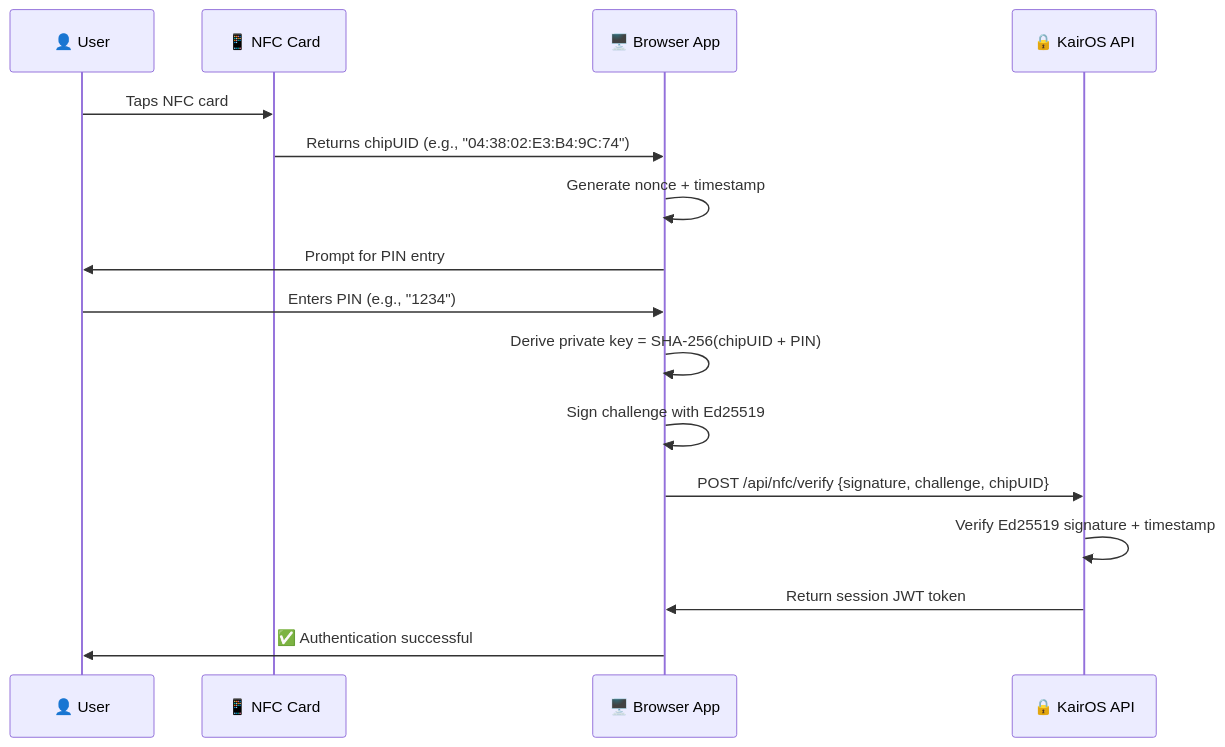
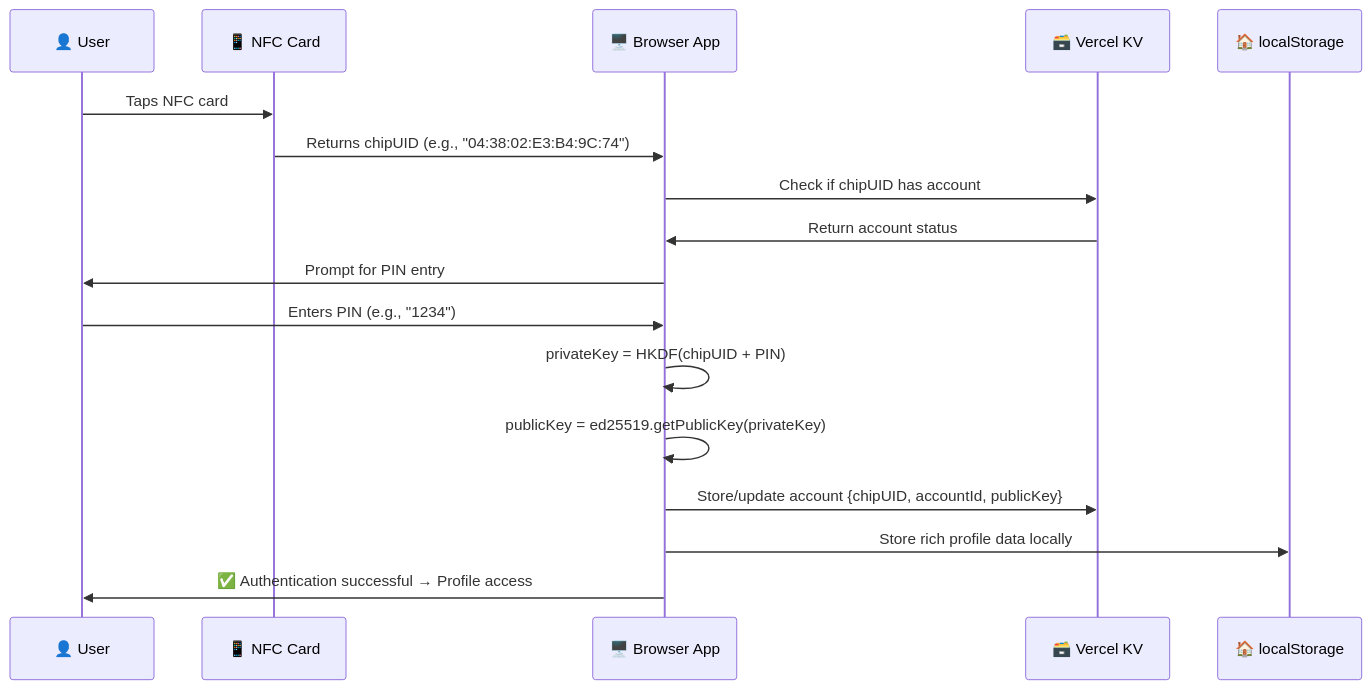
One commit to bradleycr/kairos-okr-roadmap changed the diagram in docs/CURRENT_IMPLEMENTATION.md. Above: the diagram before and after it, drawn with Mermaid. The commit also changed other lines of this file and 16 other files, not shown here.

````diff
--- a/docs/CURRENT_IMPLEMENTATION.md
+++ b/docs/CURRENT_IMPLEMENTATION.md
@@ -17,19 +17,20 @@
 ```mermaid
 sequenceDiagram
     participant User as 👤 User
     participant NFC as 📱 NFC Card
     participant App as 🖥️ Browser App
-    participant API as 🔒 KairOS API
+    participant KV as 🗃️ Vercel KV
+    participant LS as 🏠 localStorage
     
     User->>NFC: Taps NFC card
     NFC->>App: Returns chipUID (e.g., "04:38:02:E3:B4:9C:74")
-    App->>App: Generate nonce + timestamp
+    App->>KV: Check if chipUID has account
+    KV->>App: Return account status
     App->>User: Prompt for PIN entry
     User->>App: Enters PIN (e.g., "1234")
-    App->>App: Derive private key = SHA-256(chipUID + PIN)
-    App->>App: Sign challenge with Ed25519
-    App->>API: POST /api/nfc/verify {signature, challenge, chipUID}
-    API->>API: Verify Ed25519 signature + timestamp
-    API->>App: Return session JWT token
-    App->>User: ✅ Authentication successful
+    App->>App: privateKey = HKDF(chipUID + PIN)
+    App->>App: publicKey = ed25519.getPublicKey(privateKey)
+    App->>KV: Store/update account {chipUID, accountId, publicKey}
+    App->>LS: Store rich profile data locally
+    App->>User: ✅ Authentication successful → Profile access
 ```
````
